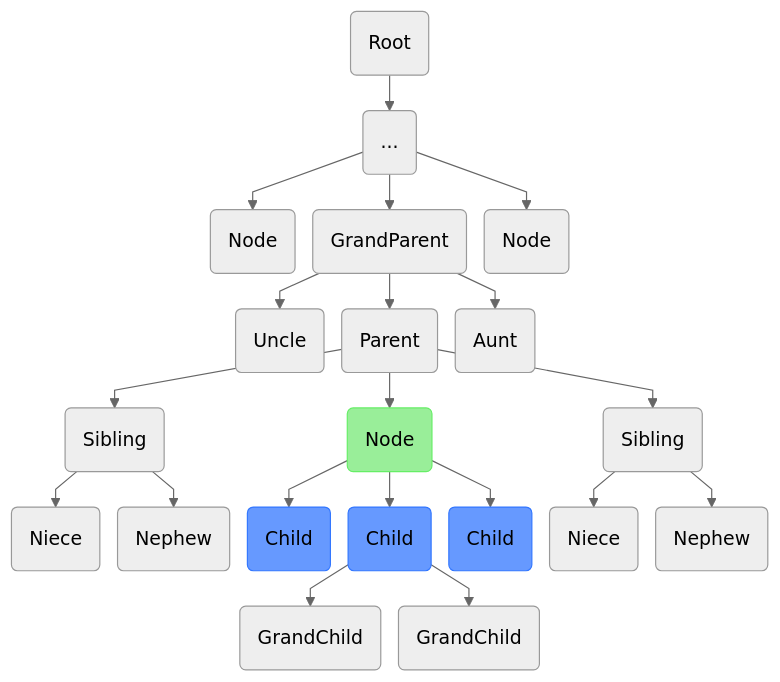
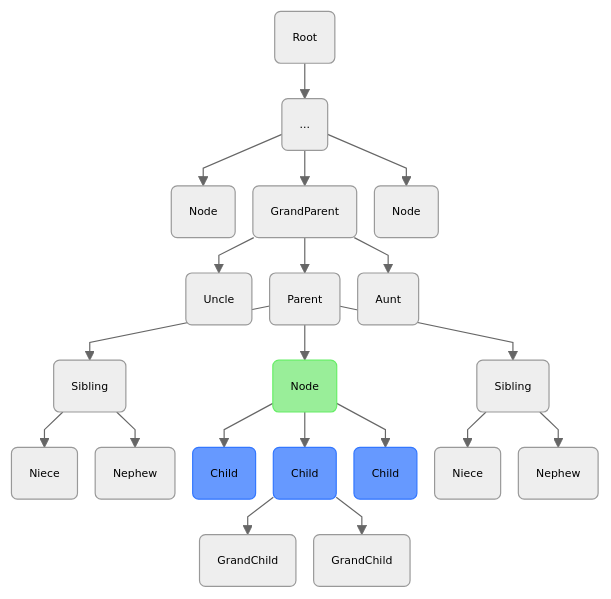
One commit to pyTooling/pyTooling changed the second of 12 diagrams in doc/Glossary.rst. Above: the diagram before and after it, drawn with Mermaid (neutral theme). The commit also changed other lines of this file and 3 other files, not shown here.

```diff
--- a/doc/Glossary.rst
+++ b/doc/Glossary.rst
@@ -63,29 +63,30 @@
      .. mermaid::
         :caption: Children of the current node are marked in blue.
 
         %%{init: { "flowchart": { "nodeSpacing": 15, "rankSpacing": 30, "curve": "linear", "useMaxWidth": false } } }%%
         graph TD
           R(Root)
           A(...)
           BL(Node); B(GrandParent); BR(Node)
           CL(Uncle); C(Parent); CR(Aunt)
           DL(Sibling); D(Node);  DR(Sibling)
           ELN1(Niece); ELN2(Nephew)
           EL(Child);   E(Child); ER(Child);
           ERN1(Niece);ERN2(Nephew)
           F1(GrandChild); F2(GrandChild)
 
           R --> A
           A --> BL & B & BR
           B --> CL & C & CR
           C --> DL & D & DR
           DL --> ELN1 & ELN2
           D:::cur --> EL & E & ER
           EL:::mark2
           E:::mark2
           ER:::mark2
           DR --> ERN1 & ERN2
           E --> F1 & F2
 
+          classDef node font-size:smaller;
           classDef cur fill:#9e9,stroke:#6e6;
           classDef mark2 fill:#69f,stroke:#37f;
```
